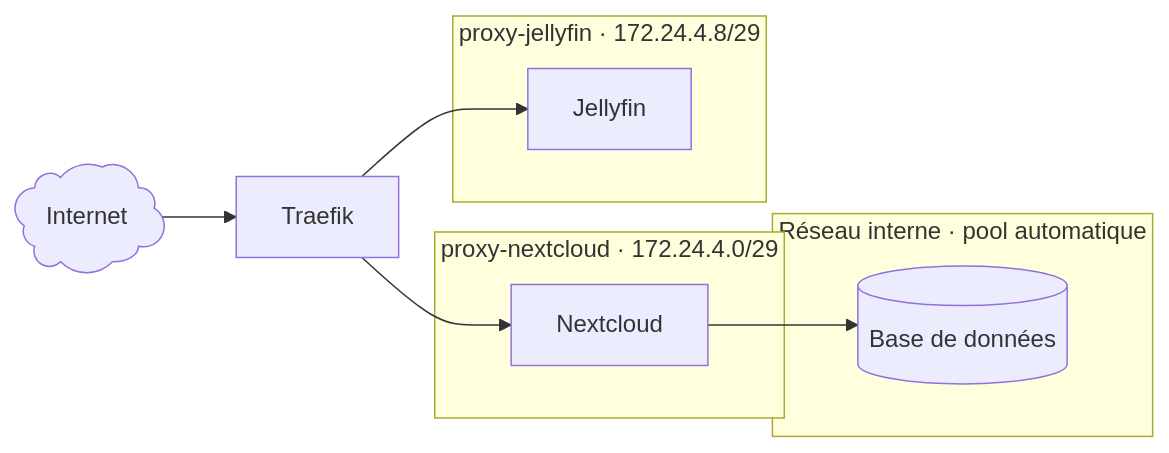
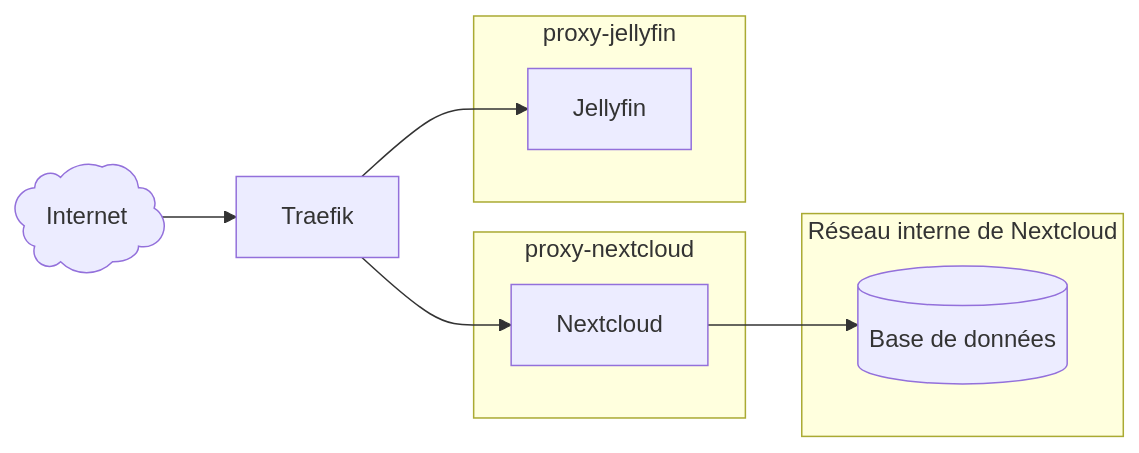
One commit to AlixANNERAUD/Infrastructure_website changed the second of 2 diagrams in src/documentation/reseau.md. Above: the diagram before and after it, drawn with Mermaid. The commit also changed other lines of this file and 4 other files, not shown here.

````diff
--- a/src/documentation/reseau.md
+++ b/src/documentation/reseau.md
@@ -85,20 +78,20 @@
 ```mermaid
 flowchart LR
 	Internet@{ shape: cloud } --> Traefik
 
-	subgraph P1["proxy-nextcloud · 172.24.4.0/29"]
+	subgraph P1["proxy-nextcloud"]
 		Nextcloud
 	end
 
-	subgraph P2["proxy-jellyfin · 172.24.4.8/29"]
+	subgraph P2["proxy-jellyfin"]
 		Jellyfin
 	end
 
-	subgraph I1["Réseau interne · pool automatique"]
+	subgraph I1["Réseau interne de Nextcloud"]
 		BaseNextcloud[(Base de données)]
 	end
 
 	Traefik --> Nextcloud
 	Traefik --> Jellyfin
 	Nextcloud --> BaseNextcloud
 ```
````
